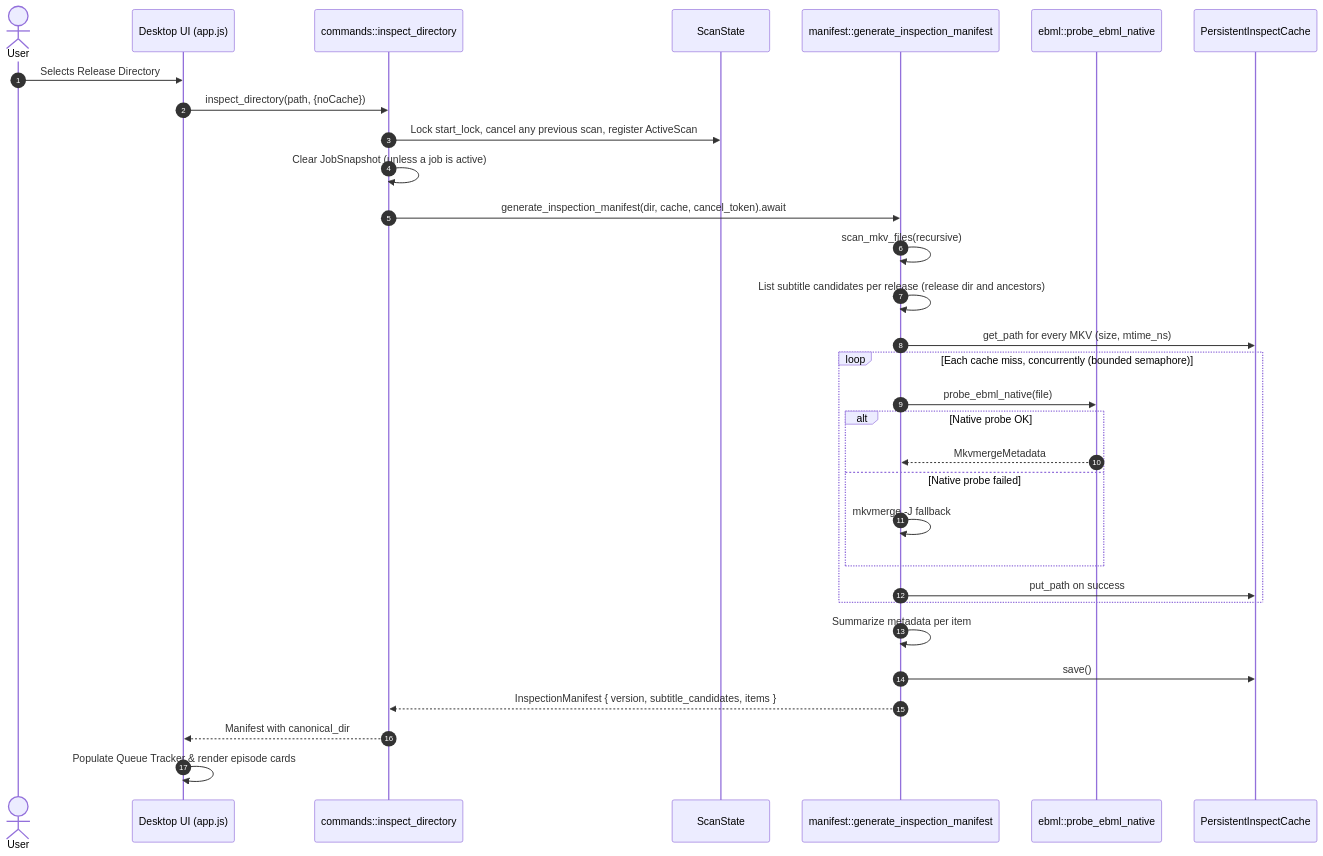
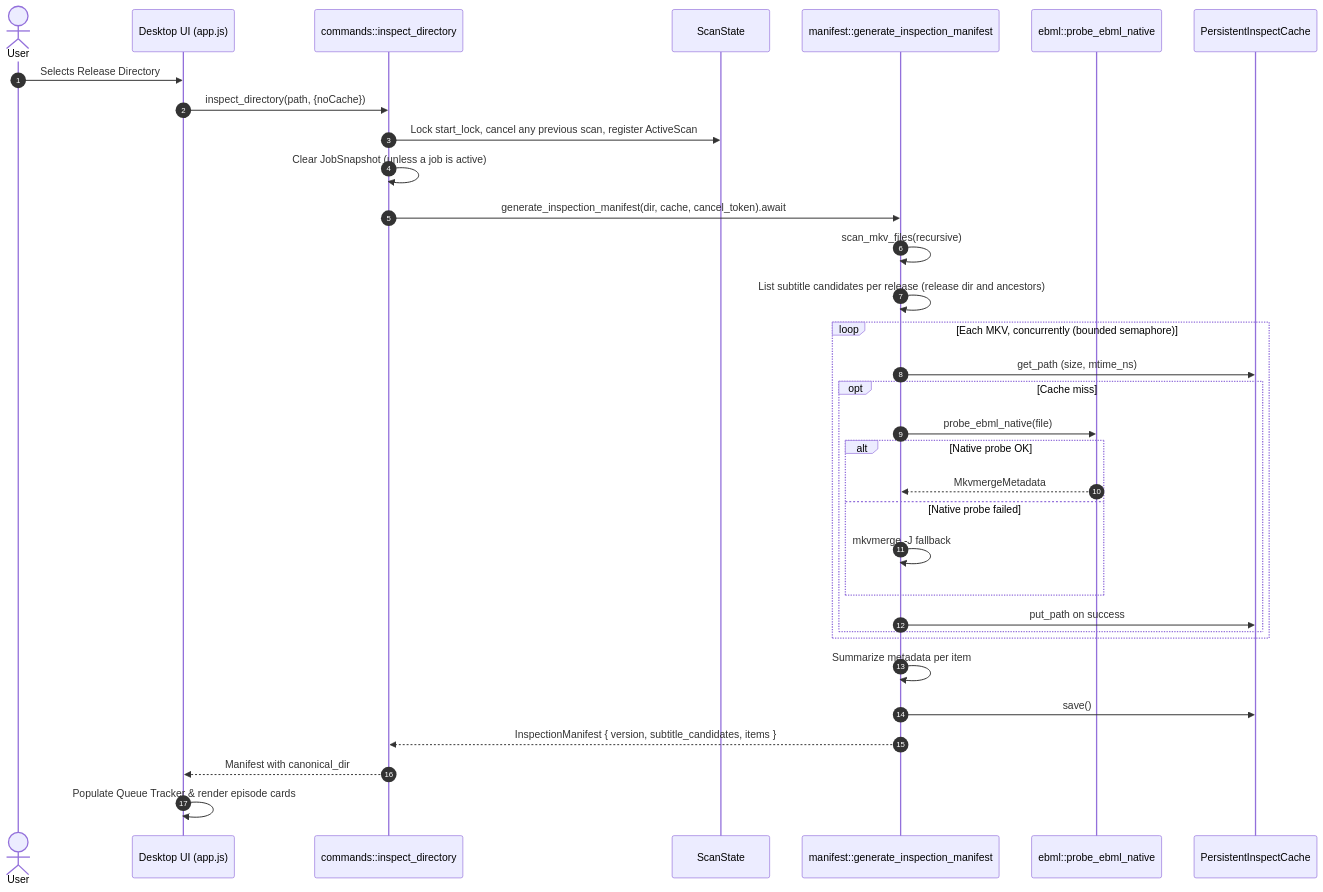
The seventh of 8 diagrams in architecture.md (Si-Forces/mkvanimebatch), drawn with Mermaid before and after one commit. The commit also changed 4 other files, not shown here.

First line of the commit message:
perf(core): look up the inspect cache inside each preflight probe task (#40)

````diff
--- a/architecture.md
+++ b/architecture.md
@@ -517,34 +517,36 @@
 ```mermaid
 sequenceDiagram
     autonumber
     actor User
     participant UI as Desktop UI (app.js)
     participant Cmd as commands::inspect_directory
     participant Scan as ScanState
     participant Core as manifest::generate_inspection_manifest
     participant EBML as ebml::probe_ebml_native
     participant Cache as PersistentInspectCache
 
     User->>UI: Selects Release Directory
     UI->>Cmd: inspect_directory(path, {noCache})
     Cmd->>Scan: Lock start_lock, cancel any previous scan, register ActiveScan
     Cmd->>Cmd: Clear JobSnapshot (unless a job is active)
     Cmd->>Core: generate_inspection_manifest(dir, cache, cancel_token).await
     Core->>Core: scan_mkv_files(recursive)
     Core->>Core: List subtitle candidates per release (release dir and ancestors)
-    Core->>Cache: get_path for every MKV (size, mtime_ns)
-    loop Each cache miss, concurrently (bounded semaphore)
-        Core->>EBML: probe_ebml_native(file)
-        alt Native probe OK
-            EBML-->>Core: MkvmergeMetadata
-        else Native probe failed
-            Core->>Core: mkvmerge -J fallback
+    loop Each MKV, concurrently (bounded semaphore)
+        Core->>Cache: get_path (size, mtime_ns)
+        opt Cache miss
+            Core->>EBML: probe_ebml_native(file)
+            alt Native probe OK
+                EBML-->>Core: MkvmergeMetadata
+            else Native probe failed
+                Core->>Core: mkvmerge -J fallback
+            end
+            Core->>Cache: put_path on success
         end
-        Core->>Cache: put_path on success
     end
     Core->>Core: Summarize metadata per item
     Core->>Cache: save()
     Core-->>Cmd: InspectionManifest { version, subtitle_candidates, items }
     Cmd-->>UI: Manifest with canonical_dir
     UI->>UI: Populate Queue Tracker & render episode cards
 ```
````
